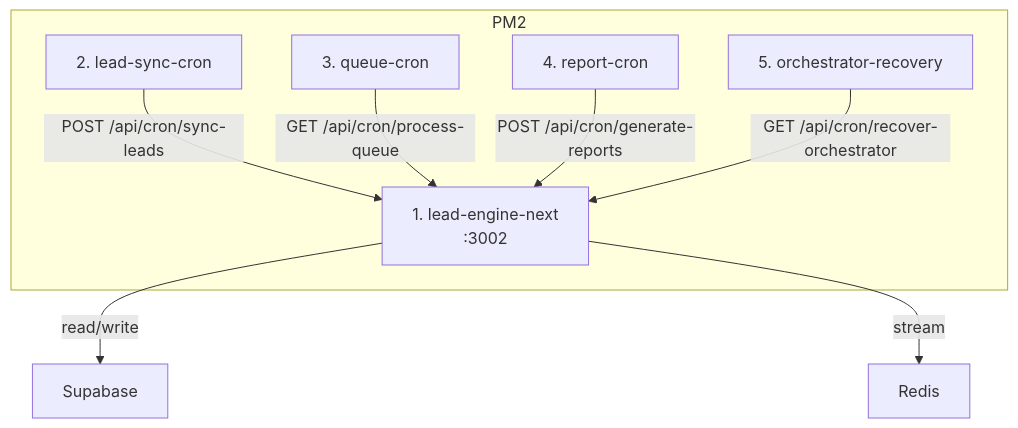
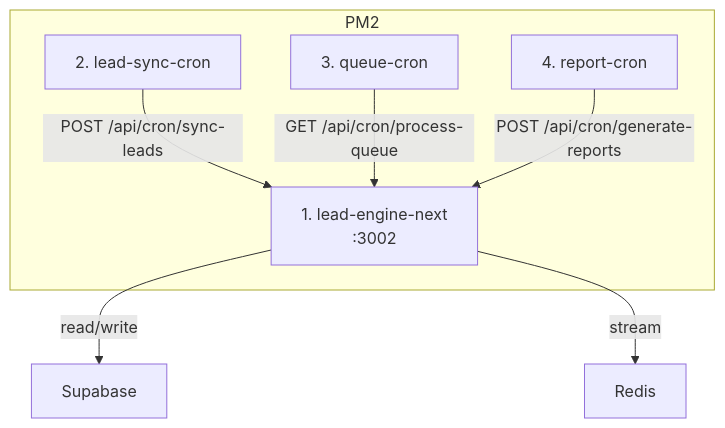
Before and after one commit to Sciiaok/xuqiu-bot: diagram 12 of 12 in README.md, drawn with Mermaid. The commit also changed other lines of this file and 172 other files, not shown here.

````diff
--- a/README.md
+++ b/README.md
@@ -671,18 +674,16 @@
 ```mermaid
 graph TB
     subgraph PM2
         Main["1. lead-engine-next<br/>:3002"]
         Sync["2. lead-sync-cron"]
         Queue["3. queue-cron"]
         Report["4. report-cron"]
-        Recovery["5. orchestrator-recovery"]
     end
 
     Sync -->|"POST /api/cron/sync-leads"| Main
     Queue -->|"GET /api/cron/process-queue"| Main
     Report -->|"POST /api/cron/generate-reports"| Main
-    Recovery -->|"GET /api/cron/recover-orchestrator"| Main
 
     Main -->|read/write| DB["Supabase"]
     Main -->|stream| Redis["Redis"]
 ```
````
